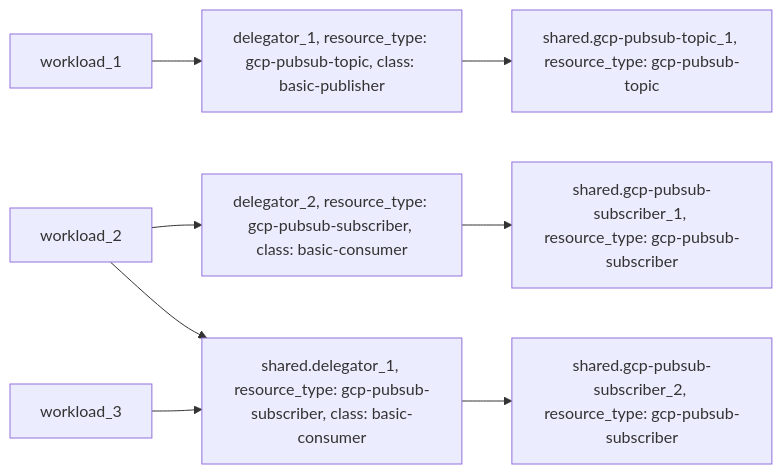
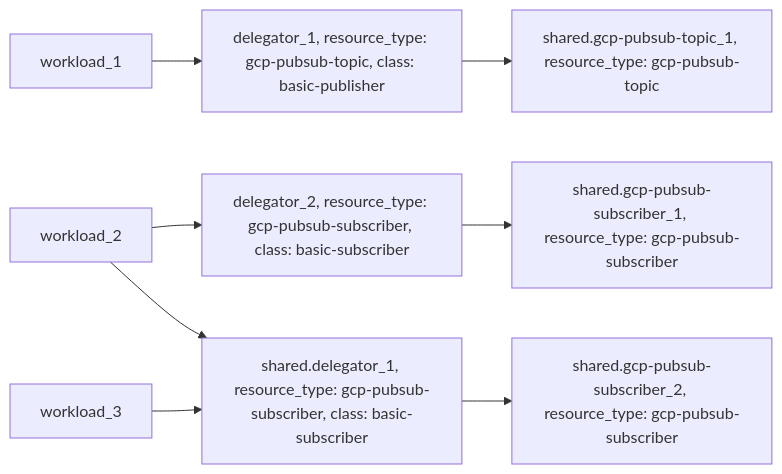
One commit to humanitec-architecture/resource-packs-gcp changed the second of 2 diagrams in examples/gcp-pubsub/README.md. Above: the diagram before and after it, drawn with Mermaid. The commit also changed other lines of this file, not shown here.

````diff
--- a/examples/gcp-pubsub/README.md
+++ b/examples/gcp-pubsub/README.md
@@ -76,7 +75,7 @@
 ```mermaid
 graph LR;
   workload_1 --> delegator_1["delegator_1, resource_type: gcp-pubsub-topic", class: basic-publisher] --> shared.gcp-pubsub-topic_1["shared.gcp-pubsub-topic_1, resource_type: gcp-pubsub-topic"]
-  workload_2 --> delegator_2["delegator_2, resource_type: gcp-pubsub-subscriber, class: basic-consumer"] --> shared.gcp-pubsub-subscriber_1["shared.gcp-pubsub-subscriber_1, resource_type: gcp-pubsub-subscriber"]
-  workload_2 --> shared.delegator_1["shared.delegator_1, resource_type: gcp-pubsub-subscriber, class: basic-consumer"]
+  workload_2 --> delegator_2["delegator_2, resource_type: gcp-pubsub-subscriber, class: basic-subscriber"] --> shared.gcp-pubsub-subscriber_1["shared.gcp-pubsub-subscriber_1, resource_type: gcp-pubsub-subscriber"]
+  workload_2 --> shared.delegator_1["shared.delegator_1, resource_type: gcp-pubsub-subscriber, class: basic-subscriber"]
   workload_3 --> shared.delegator_1 --> shared.gcp-pubsub-subscriber_2["shared.gcp-pubsub-subscriber_2, resource_type: gcp-pubsub-subscriber"]
 ```
````
